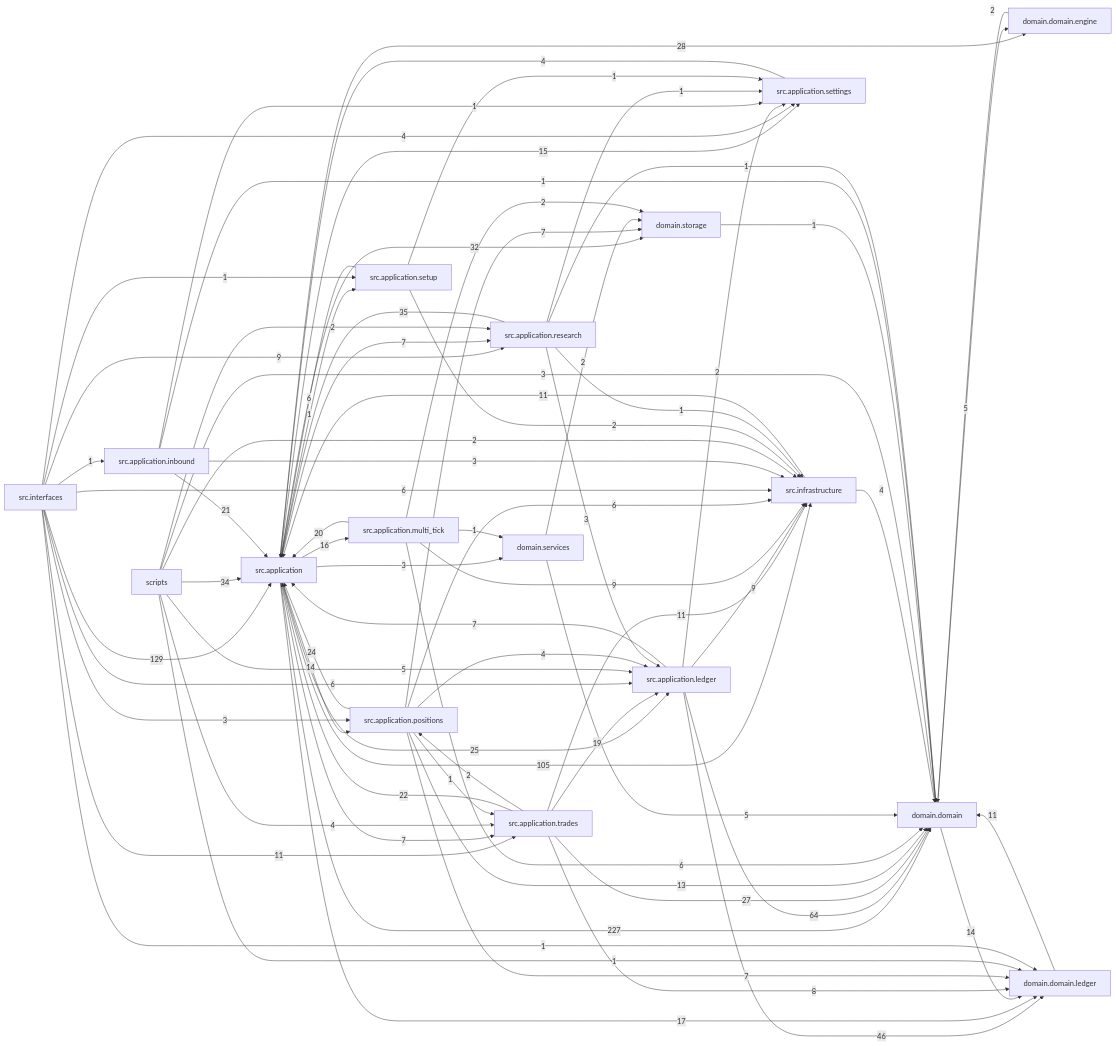
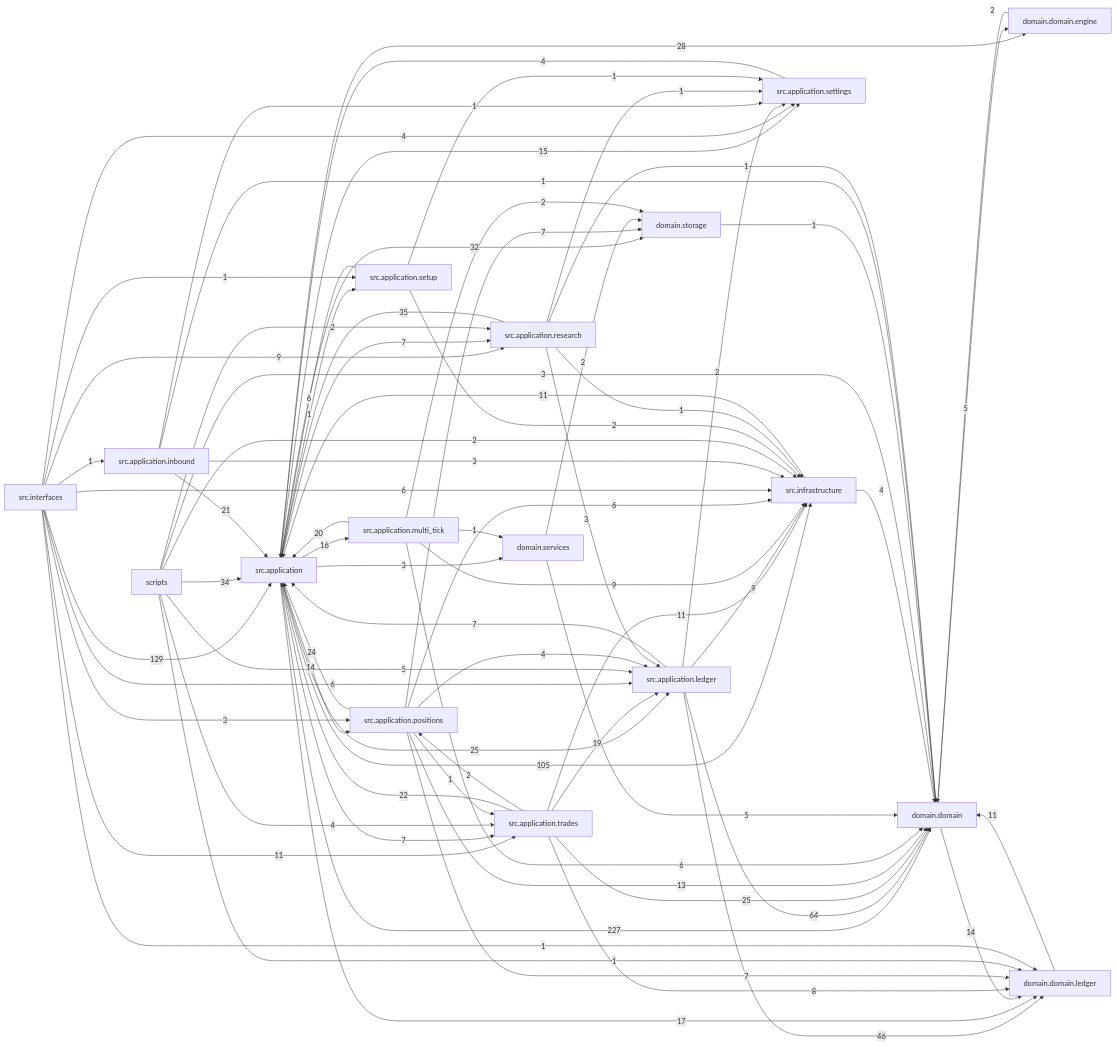
The diagram in docs/dependency_graph.mmd (liuxie066/options-monitor), drawn with Mermaid before and after one commit. The commit also changed 13 other files, not shown here.

```diff
--- a/docs/dependency_graph.mmd
+++ b/docs/dependency_graph.mmd
@@ -1,76 +1,76 @@
 flowchart LR
   src_application["src.application"] -->|227| domain_domain["domain.domain"]
   src_interfaces["src.interfaces"] -->|129| src_application["src.application"]
   src_application["src.application"] -->|105| src_infrastructure["src.infrastructure"]
   src_application_ledger["src.application.ledger"] -->|64| domain_domain["domain.domain"]
   src_application_ledger["src.application.ledger"] -->|46| domain_domain_ledger["domain.domain.ledger"]
   src_application_research["src.application.research"] -->|35| src_application["src.application"]
   scripts["scripts"] -->|34| src_application["src.application"]
   src_application["src.application"] -->|32| domain_storage["domain.storage"]
   src_application["src.application"] -->|28| domain_domain_engine["domain.domain.engine"]
-  src_application_trades["src.application.trades"] -->|27| domain_domain["domain.domain"]
   src_application["src.application"] -->|25| src_application_ledger["src.application.ledger"]
+  src_application_trades["src.application.trades"] -->|25| domain_domain["domain.domain"]
   src_application_positions["src.application.positions"] -->|24| src_application["src.application"]
   src_application_trades["src.application.trades"] -->|22| src_application["src.application"]
   src_application_inbound["src.application.inbound"] -->|21| src_application["src.application"]
   src_application_multi_tick["src.application.multi_tick"] -->|20| src_application["src.application"]
   src_application_trades["src.application.trades"] -->|19| src_application_ledger["src.application.ledger"]
   src_application["src.application"] -->|17| domain_domain_ledger["domain.domain.ledger"]
   src_application["src.application"] -->|16| src_application_multi_tick["src.application.multi_tick"]
   src_application["src.application"] -->|15| src_application_settings["src.application.settings"]
   domain_domain["domain.domain"] -->|14| domain_domain_ledger["domain.domain.ledger"]
   src_application["src.application"] -->|14| src_application_positions["src.application.positions"]
   src_application_positions["src.application.positions"] -->|13| domain_domain["domain.domain"]
   domain_domain_ledger["domain.domain.ledger"] -->|11| domain_domain["domain.domain"]
   src_application_trades["src.application.trades"] -->|11| src_infrastructure["src.infrastructure"]
   src_infrastructure["src.infrastructure"] -->|11| src_application["src.application"]
   src_interfaces["src.interfaces"] -->|11| src_application_trades["src.application.trades"]
   src_application_ledger["src.application.ledger"] -->|9| src_infrastructure["src.infrastructure"]
   src_application_multi_tick["src.application.multi_tick"] -->|9| src_infrastructure["src.infrastructure"]
   src_interfaces["src.interfaces"] -->|9| src_application_research["src.application.research"]
   src_application_trades["src.application.trades"] -->|8| domain_domain_ledger["domain.domain.ledger"]
   src_application["src.application"] -->|7| src_application_research["src.application.research"]
   src_application["src.application"] -->|7| src_application_trades["src.application.trades"]
   src_application_ledger["src.application.ledger"] -->|7| src_application["src.application"]
   src_application_positions["src.application.positions"] -->|7| domain_domain_ledger["domain.domain.ledger"]
   src_application_positions["src.application.positions"] -->|7| domain_storage["domain.storage"]
   src_application_multi_tick["src.application.multi_tick"] -->|6| domain_domain["domain.domain"]
   src_application_positions["src.application.positions"] -->|6| src_infrastructure["src.infrastructure"]
   src_application_setup["src.application.setup"] -->|6| src_application["src.application"]
   src_interfaces["src.interfaces"] -->|6| src_application_ledger["src.application.ledger"]
   src_interfaces["src.interfaces"] -->|6| src_infrastructure["src.infrastructure"]
   domain_domain["domain.domain"] -->|5| domain_domain_engine["domain.domain.engine"]
   domain_services["domain.services"] -->|5| domain_domain["domain.domain"]
   scripts["scripts"] -->|5| src_application_ledger["src.application.ledger"]
   scripts["scripts"] -->|4| src_application_trades["src.application.trades"]
   src_application_positions["src.application.positions"] -->|4| src_application_ledger["src.application.ledger"]
   src_application_settings["src.application.settings"] -->|4| src_application["src.application"]
   src_infrastructure["src.infrastructure"] -->|4| domain_domain["domain.domain"]
   src_interfaces["src.interfaces"] -->|4| src_application_settings["src.application.settings"]
   scripts["scripts"] -->|3| domain_domain["domain.domain"]
   src_application["src.application"] -->|3| domain_services["domain.services"]
   src_application_inbound["src.application.inbound"] -->|3| src_infrastructure["src.infrastructure"]
   src_application_research["src.application.research"] -->|3| src_application_ledger["src.application.ledger"]
   src_interfaces["src.interfaces"] -->|3| src_application_positions["src.application.positions"]
   domain_domain_engine["domain.domain.engine"] -->|2| domain_domain["domain.domain"]
   domain_services["domain.services"] -->|2| domain_storage["domain.storage"]
   scripts["scripts"] -->|2| src_application_research["src.application.research"]
   scripts["scripts"] -->|2| src_infrastructure["src.infrastructure"]
   src_application_ledger["src.application.ledger"] -->|2| src_application_settings["src.application.settings"]
   src_application_multi_tick["src.application.multi_tick"] -->|2| domain_storage["domain.storage"]
   src_application_setup["src.application.setup"] -->|2| src_infrastructure["src.infrastructure"]
   src_application_trades["src.application.trades"] -->|2| src_application_positions["src.application.positions"]
   domain_storage["domain.storage"] -->|1| domain_domain["domain.domain"]
   scripts["scripts"] -->|1| domain_domain_ledger["domain.domain.ledger"]
   src_application["src.application"] -->|1| src_application_setup["src.application.setup"]
   src_application_inbound["src.application.inbound"] -->|1| domain_domain["domain.domain"]
   src_application_inbound["src.application.inbound"] -->|1| src_application_settings["src.application.settings"]
   src_application_multi_tick["src.application.multi_tick"] -->|1| domain_services["domain.services"]
   src_application_positions["src.application.positions"] -->|1| src_application_trades["src.application.trades"]
   src_application_research["src.application.research"] -->|1| domain_domain["domain.domain"]
   src_application_research["src.application.research"] -->|1| src_application_settings["src.application.settings"]
   src_application_research["src.application.research"] -->|1| src_infrastructure["src.infrastructure"]
   src_application_setup["src.application.setup"] -->|1| src_application_settings["src.application.settings"]
   src_interfaces["src.interfaces"] -->|1| domain_domain_ledger["domain.domain.ledger"]
   src_interfaces["src.interfaces"] -->|1| src_application_inbound["src.application.inbound"]
   src_interfaces["src.interfaces"] -->|1| src_application_setup["src.application.setup"]
```
